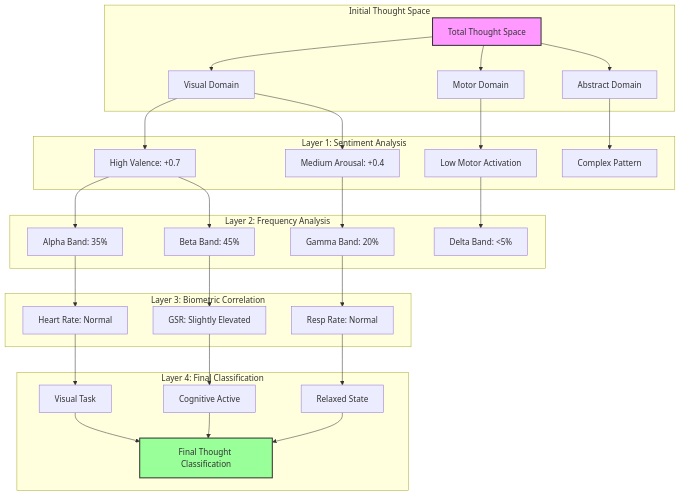
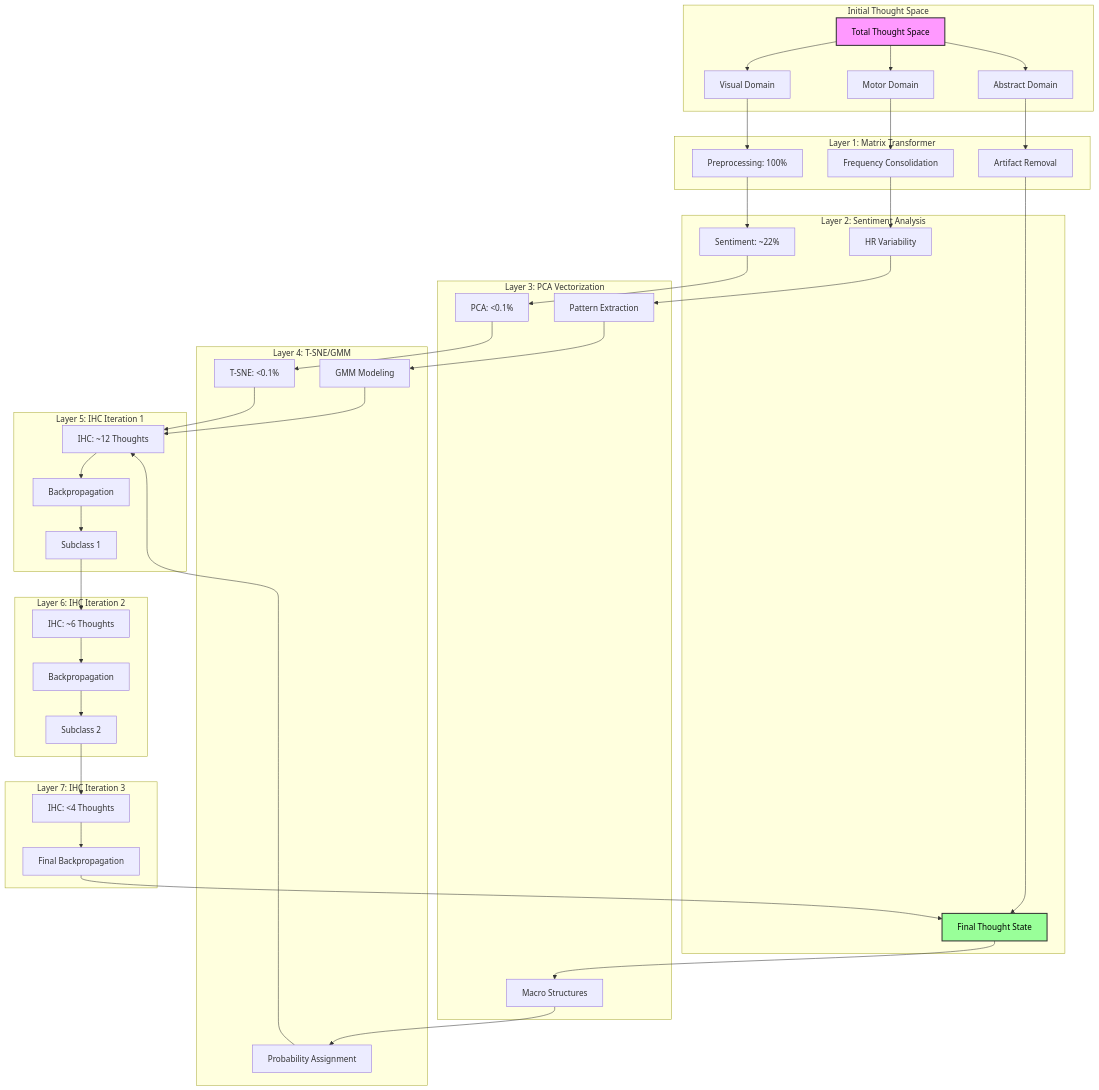
Before and after one commit to MatthewLaw1/Synaptic-Engine: the first of 2 diagrams in README.md, drawn with Mermaid. The commit also changed other lines of this file, not shown here.

````diff
--- a/README.md
+++ b/README.md
@@ -28,39 +28,54 @@
 ```mermaid
 graph TD
     subgraph "Initial Thought Space"
         T[Total Thought Space]
         T --> V[Visual Domain]
         T --> M[Motor Domain]
         T --> A[Abstract Domain]
     end
 
-    subgraph "Layer 1: Sentiment Analysis"
-        V --> VH[High Valence: +0.7]
-        V --> MA[Medium Arousal: +0.4]
-        M --> ML[Low Motor Activation]
-        A --> AC[Complex Pattern]
+    subgraph "Layer 1: Matrix Transformer"
+        V --> PP[Preprocessing: 100%]
+        M --> FC[Frequency Consolidation]
+        A --> AR[Artifact Removal]
     end
 
-    subgraph "Layer 2: Frequency Analysis"
-        VH --> AB[Alpha Band: 35%]
-        VH --> BB[Beta Band: 45%]
-        MA --> GB[Gamma Band: 20%]
-        ML --> DB[Delta Band: <5%]
+    subgraph "Layer 2: Sentiment Analysis"
+        PP --> SA[Sentiment: ~22%]
+        FC --> HV[HR Variability]
+        AR --> FT[Facial Tone]
     end
 
-    subgraph "Layer 3: Biometric Correlation"
-        AB --> HR[Heart Rate: Normal]
-        BB --> GSR[GSR: Slightly Elevated]
-        GB --> RR[Resp Rate: Normal]
+    subgraph "Layer 3: PCA Vectorization"
+        SA --> PV[PCA: <0.1%]
+        HV --> PE[Pattern Extraction]
+        FT --> MS[Macro Structures]
     end
 
-    subgraph "Layer 4: Final Classification"
-        HR --> VT[Visual Task]
-        GSR --> CA[Cognitive Active]
-        RR --> RL[Relaxed State]
-        VT & CA & RL --> FT[Final Thought Classification]
+    subgraph "Layer 4: T-SNE/GMM"
+        PV --> TS[T-SNE: <0.1%]
+        PE --> GM[GMM Modeling]
+        MS --> PA[Probability Assignment]
     end
 
-    style T fill:#f9f,stroke:#333,stroke-width:2px
-    style FT fill:#9f9,stroke:#333,stroke-width:2px
+    subgraph "Layer 5: IHC Iteration 1"
+        TS & GM & PA --> IH1[IHC: ~12 Thoughts]
+        IH1 --> BP1[Backpropagation]
+        BP1 --> SC1[Subclass 1]
+    end
+
+    subgraph "Layer 6: IHC Iteration 2"
+        SC1 --> IH2[IHC: ~6 Thoughts]
+        IH2 --> BP2[Backpropagation]
+        BP2 --> SC2[Subclass 2]
+    end
+
+    subgraph "Layer 7: IHC Iteration 3"
+        SC2 --> IH3[IHC: <4 Thoughts]
+        IH3 --> BP3[Final Backpropagation]
+        BP3 --> FT[Final Thought State]
+    end
+
+    style T fill:#f9f,stroke:#333,stroke-width:2px,color:#000
+    style FT fill:#9f9,stroke:#333,stroke-width:2px,color:#000
 ```
````
